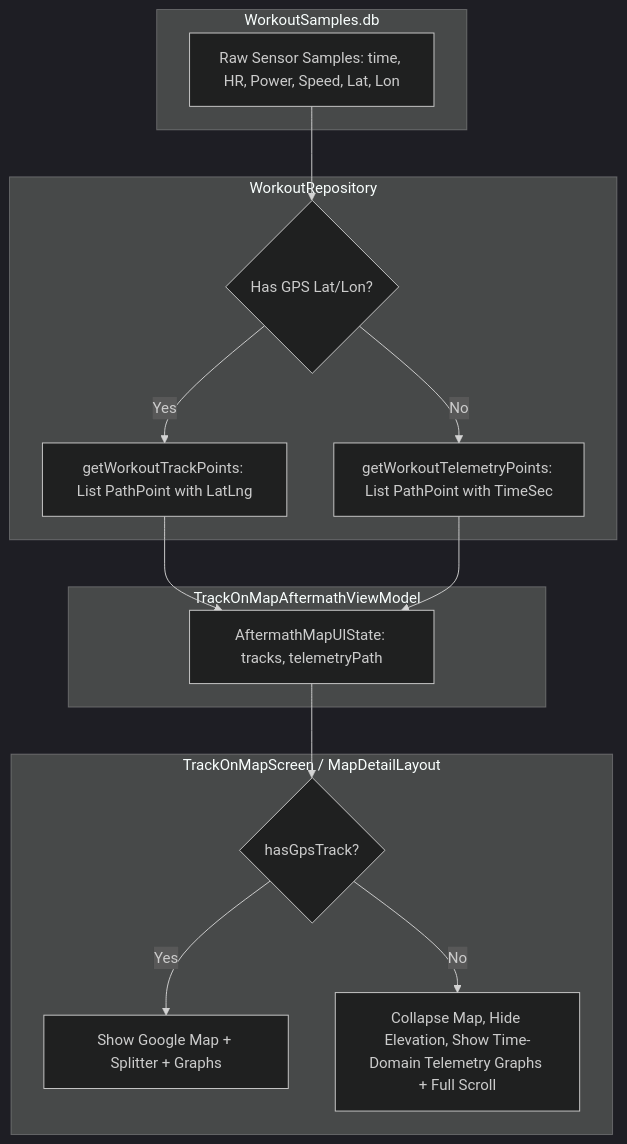
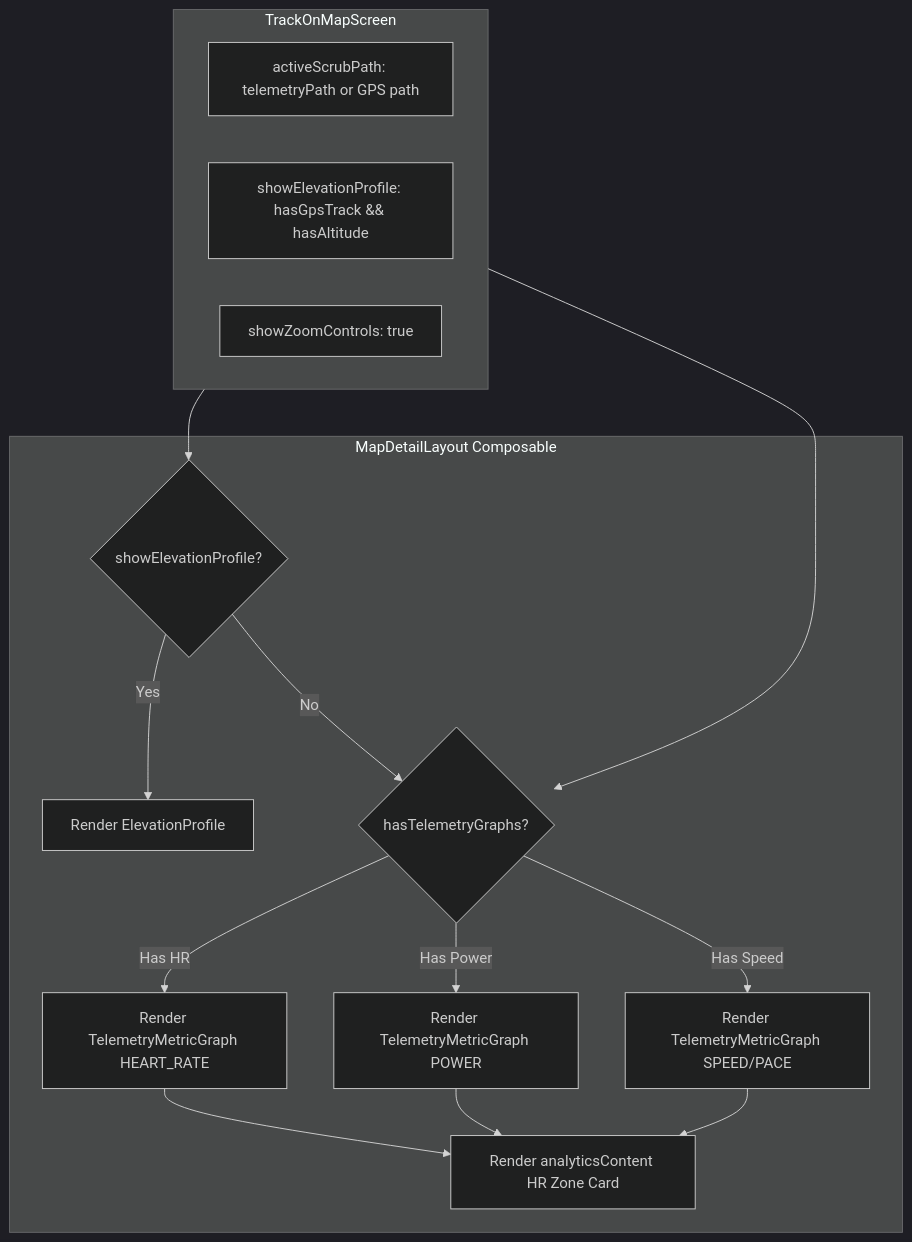
Before and after one commit to rainerblind/aTrainingTracker: the diagram in docs/engineering/analysis/ATT-2006_analysis.md, drawn with Mermaid (dark theme). The commit also changed other lines of this file, not shown here.

````diff
--- a/docs/engineering/analysis/ATT-2006_analysis.md
+++ b/docs/engineering/analysis/ATT-2006_analysis.md
@@ -180,29 +118,33 @@
 ```mermaid
 flowchart TD
-    subgraph SamplesDB [WorkoutSamples.db]
-        RawSamples[Raw Sensor Samples: time, HR, Power, Speed, Lat, Lon]
+    subgraph Input [TrackOnMapScreen]
+        ScrubPath[activeScrubPath: telemetryPath or GPS path]
+        ShowElev[showElevationProfile: hasGpsTrack && hasAltitude]
+        ShowZoom[showZoomControls: true]
     end
 
-    subgraph Repo [WorkoutRepository]
-        CheckGPS{Has GPS Lat/Lon?}
-        GetTrack[getWorkoutTrackPoints: List PathPoint with LatLng]
-        GetTelemetry[getWorkoutTelemetryPoints: List PathPoint with TimeSec]
+    subgraph MapDetailLayout [MapDetailLayout Composable]
+        CheckElev{showElevationProfile?}
+        CheckTelemetry{hasTelemetryGraphs?}
+        
+        RenderElev[Render ElevationProfile]
+        RenderHR[Render TelemetryMetricGraph HEART_RATE]
+        RenderPower[Render TelemetryMetricGraph POWER]
+        RenderSpeed[Render TelemetryMetricGraph SPEED/PACE]
+        RenderAnalytics[Render analyticsContent HR Zone Card]
     end
 
-    subgraph ViewModel [TrackOnMapAftermathViewModel]
-        State[AftermathMapUIState: tracks, telemetryPath]
-    end
+    Input --> CheckElev
+    Input --> CheckTelemetry
 
-    subgraph UI [TrackOnMapScreen / MapDetailLayout]
-        DecideView{hasGpsTrack?}
-        MapLayout[Show Google Map + Splitter + Graphs]
-        TracklessLayout[Collapse Map, Hide Elevation, Show Time-Domain Telemetry Graphs + Full Scroll]
-    end
+    CheckElev -- Yes --> RenderElev
+    CheckElev -- No --> CheckTelemetry
 
-    RawSamples --> CheckGPS
-    CheckGPS -- Yes --> GetTrack --> State
-    CheckGPS -- No --> GetTelemetry --> State
-    State --> DecideView
-    DecideView -- Yes --> MapLayout
-    DecideView -- No --> TracklessLayout
+    CheckTelemetry -- Has HR --> RenderHR
+    CheckTelemetry -- Has Power --> RenderPower
+    CheckTelemetry -- Has Speed --> RenderSpeed
+
+    RenderHR --> RenderAnalytics
+    RenderPower --> RenderAnalytics
+    RenderSpeed --> RenderAnalytics
 ```
````
